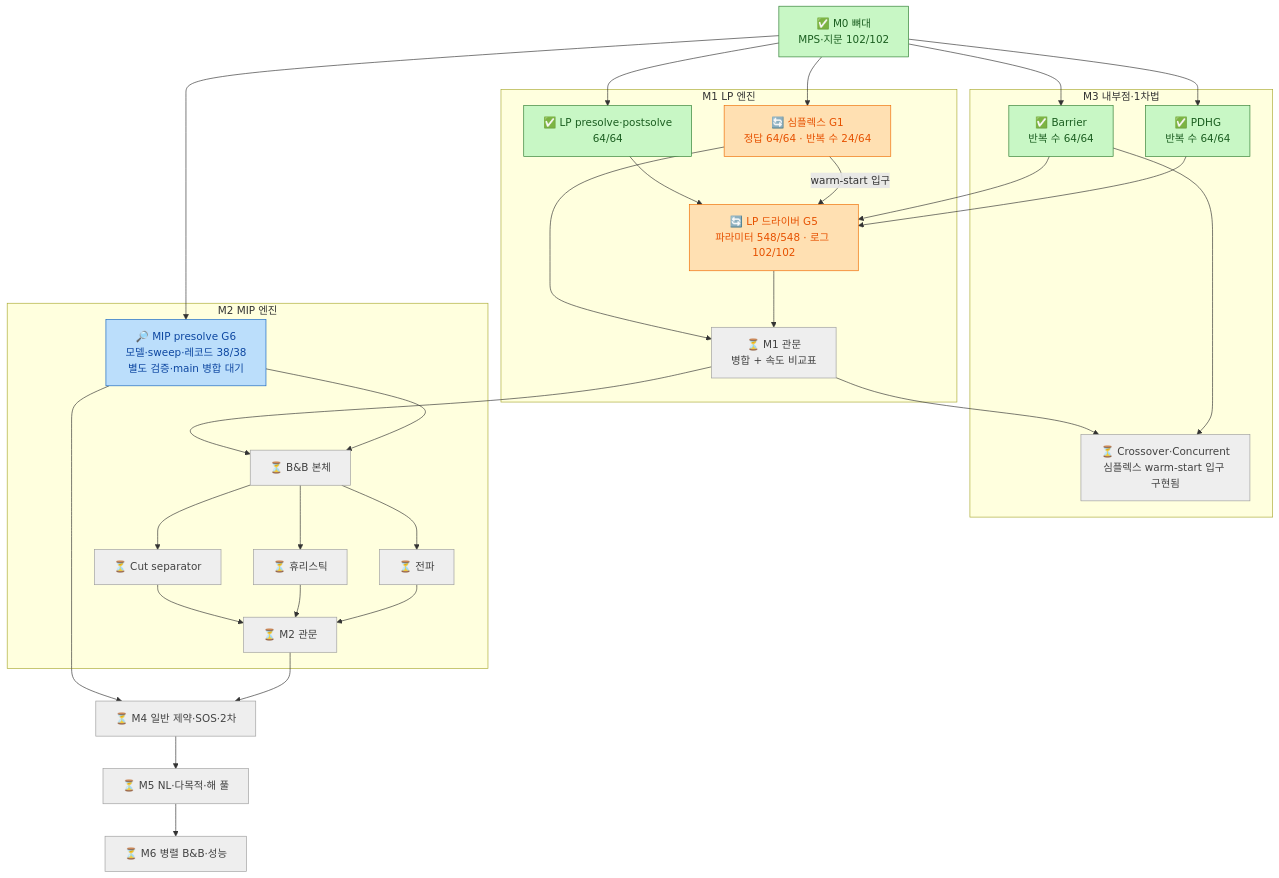
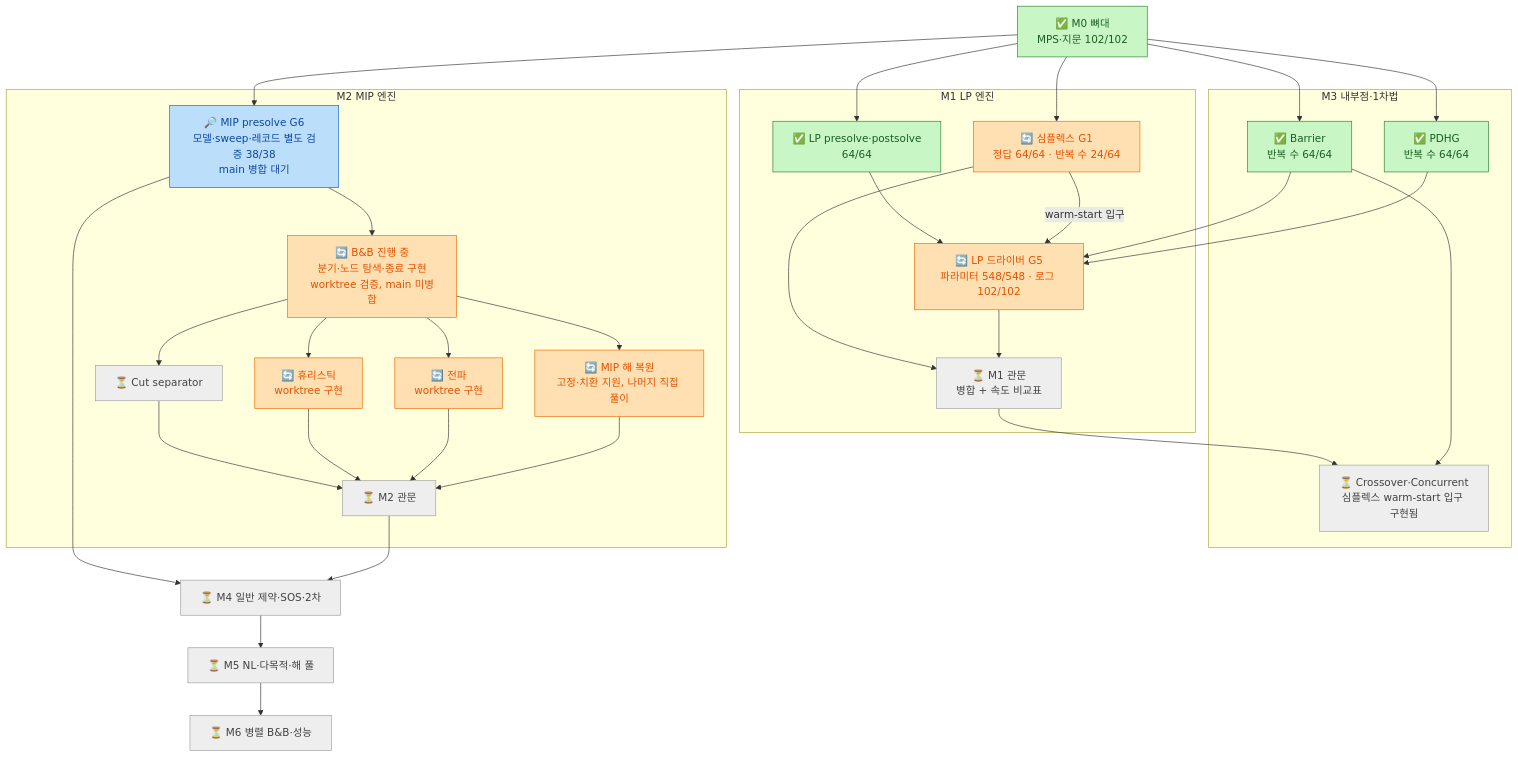
The diagram in docs/12_roadmap_diagram.md (kjh278231/kerobi), drawn with Mermaid before and after one commit. The commit also changed other lines of this file and 1 other file, not shown here.

Commit message:
docs: record independent MIP validation

````diff
--- a/docs/12_roadmap_diagram.md
+++ b/docs/12_roadmap_diagram.md
@@ -5,48 +5,49 @@
 ```mermaid
 flowchart TD
     classDef done fill:#c8f7c5,stroke:#2e7d32,color:#1b5e20
     classDef doing fill:#ffe0b2,stroke:#ef6c00,color:#e65100
     classDef pending fill:#bbdefb,stroke:#1565c0,color:#0d47a1
     classDef todo fill:#eeeeee,stroke:#9e9e9e,color:#424242
 
     M0["✅ M0 뼈대<br/>MPS·지문 102/102"]:::done
 
     subgraph M1["M1 LP 엔진"]
         PRE["✅ LP presolve·postsolve<br/>64/64"]:::done
         SPX["🔄 심플렉스 G1<br/>정답 64/64 · 반복 수 24/64"]:::doing
         DRV["🔄 LP 드라이버 G5<br/>파라미터 548/548 · 로그 102/102"]:::doing
         GATE1["⏳ M1 관문<br/>병합 + 속도 비교표"]:::todo
     end
 
     subgraph M3["M3 내부점·1차법"]
         BAR["✅ Barrier<br/>반복 수 64/64"]:::done
         PDHG["✅ PDHG<br/>반복 수 64/64"]:::done
         XO["⏳ Crossover·Concurrent<br/>심플렉스 warm-start 입구 구현됨"]:::todo
     end
 
     subgraph M2["M2 MIP 엔진"]
-        MPRE["🔎 MIP presolve G6<br/>모델·sweep·레코드 38/38<br/>별도 검증·main 병합 대기"]:::pending
-        BNB["⏳ B&B 본체"]:::todo
+        MPRE["🔎 MIP presolve G6<br/>모델·sweep·레코드 별도 검증 38/38<br/>main 병합 대기"]:::pending
+        BNB["🔄 B&B 진행 중<br/>분기·노드 탐색·종료 구현<br/>worktree 검증, main 미병합"]:::doing
         CUT["⏳ Cut separator"]:::todo
-        HEU["⏳ 휴리스틱"]:::todo
-        PROP["⏳ 전파"]:::todo
+        HEU["🔄 휴리스틱<br/>worktree 구현"]:::doing
+        PROP["🔄 전파<br/>worktree 구현"]:::doing
+        POST["🔄 MIP 해 복원<br/>고정·치환 지원, 나머지 직접 풀이"]:::doing
         GATE2["⏳ M2 관문"]:::todo
     end
 
     M4["⏳ M4 일반 제약·SOS·2차"]:::todo
     M5["⏳ M5 NL·다목적·해 풀"]:::todo
     M6["⏳ M6 병렬 B&B·성능"]:::todo
 
     M0 --> PRE & SPX & BAR & PDHG & MPRE
     PRE --> DRV
     BAR & PDHG --> DRV
     SPX -- "warm-start 입구" --> DRV
     SPX & DRV --> GATE1
     GATE1 --> XO
     BAR --> XO
-    GATE1 & MPRE --> BNB
-    BNB --> CUT & HEU & PROP
-    CUT & HEU & PROP --> GATE2
+    MPRE --> BNB
+    BNB --> CUT & HEU & PROP & POST
+    CUT & HEU & PROP & POST --> GATE2
     MPRE --> M4
     GATE2 --> M4 --> M5 --> M6
 ```
````
